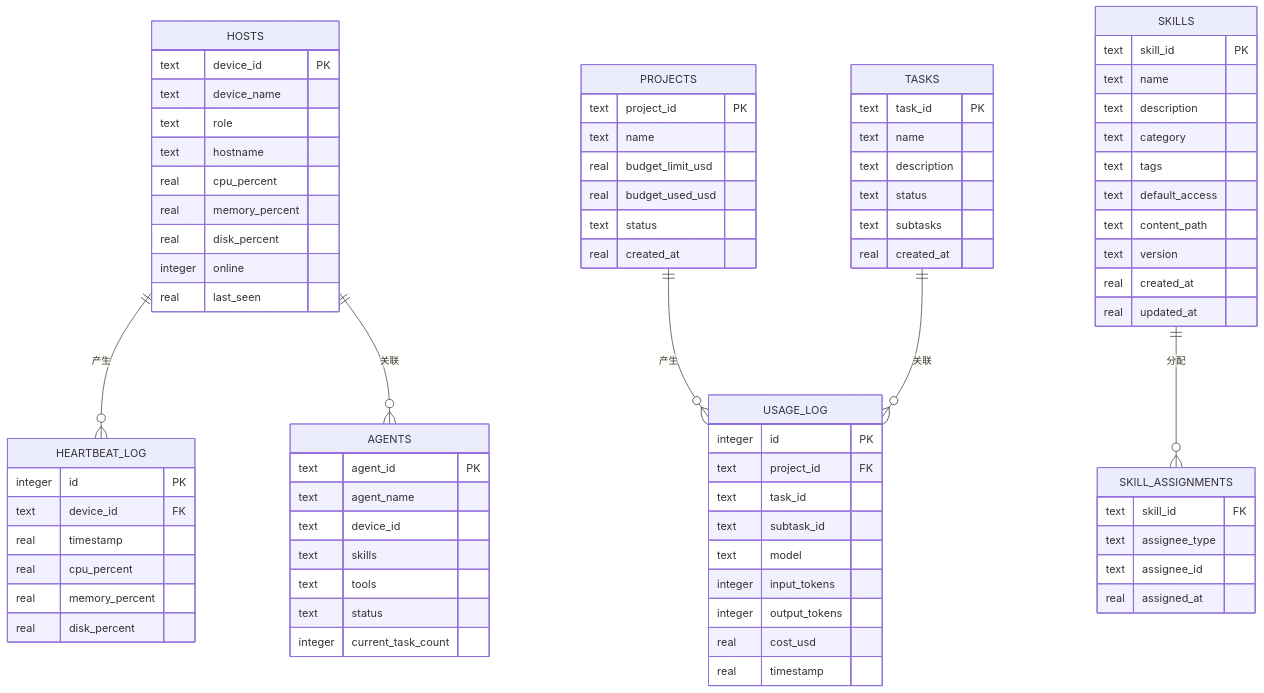
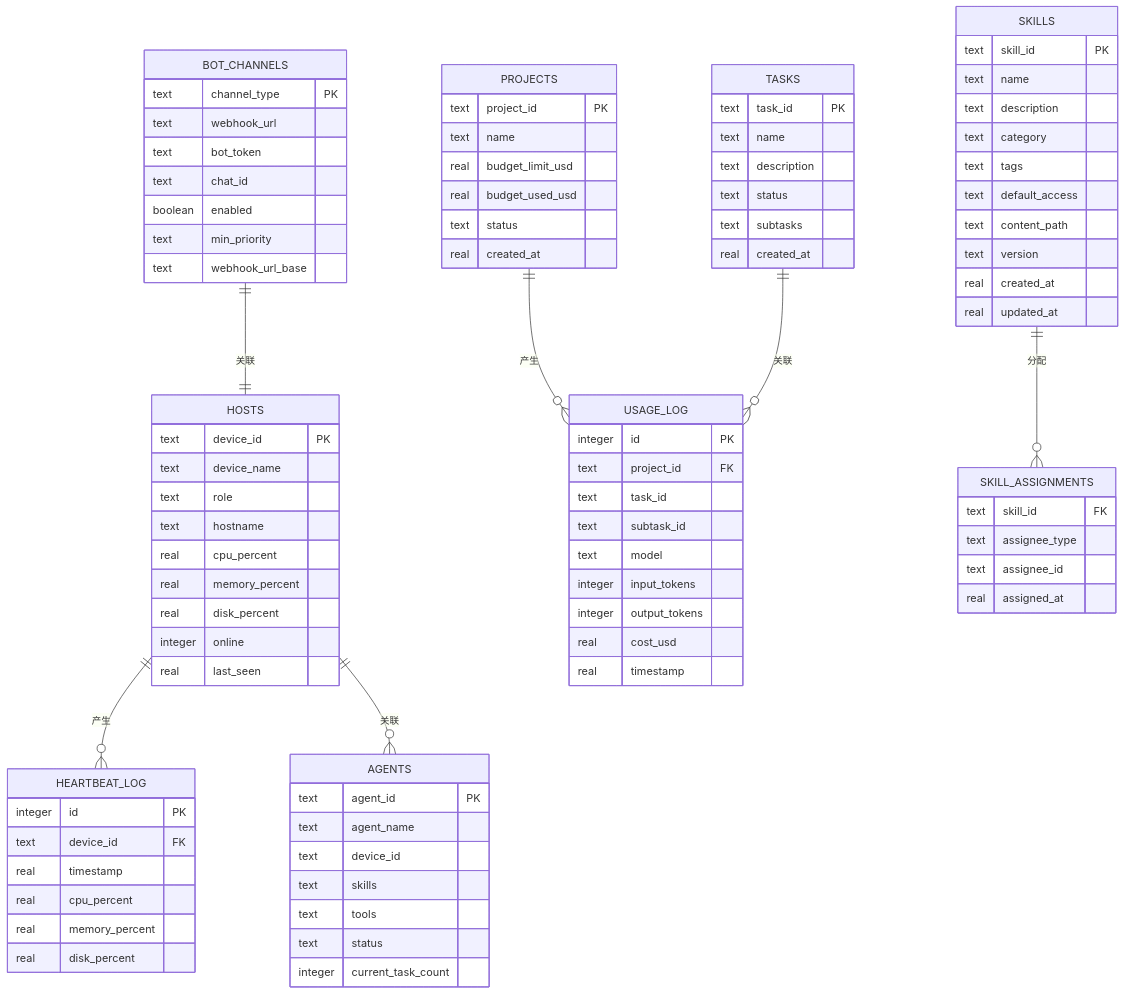
Diagram 16 of 19 in .qoder/repowiki/zh/content/核心模块/工作站管理模块.md (targalian/Personal-distributed-workstation), drawn with Mermaid before and after one commit. The commit also changed other lines of this file and 85 other files, not shown here.

````diff
--- a/.qoder/repowiki/zh/content/核心模块/工作站管理模块.md
+++ b/.qoder/repowiki/zh/content/核心模块/工作站管理模块.md
@@ -722,6 +860,15 @@
 real created_at
 real updated_at
 }
+BOT_CHANNELS {
+text channel_type PK
+text webhook_url
+text bot_token
+text chat_id
+boolean enabled
+text min_priority
+text webhook_url_base
+}
 SKILL_ASSIGNMENTS {
 text skill_id FK
 text assignee_type
@@ -733,4 +880,5 @@
 PROJECTS ||--o{ USAGE_LOG : "产生"
 TASKS ||--o{ USAGE_LOG : "关联"
 SKILLS ||--o{ SKILL_ASSIGNMENTS : "分配"
+BOT_CHANNELS ||--|| HOSTS : "关联"
 ```
````
